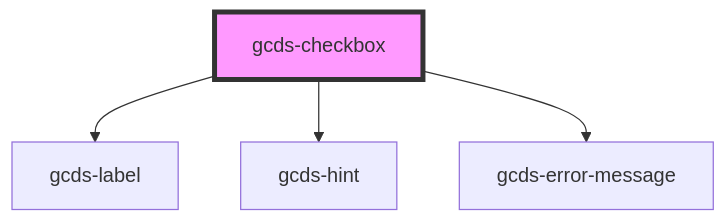
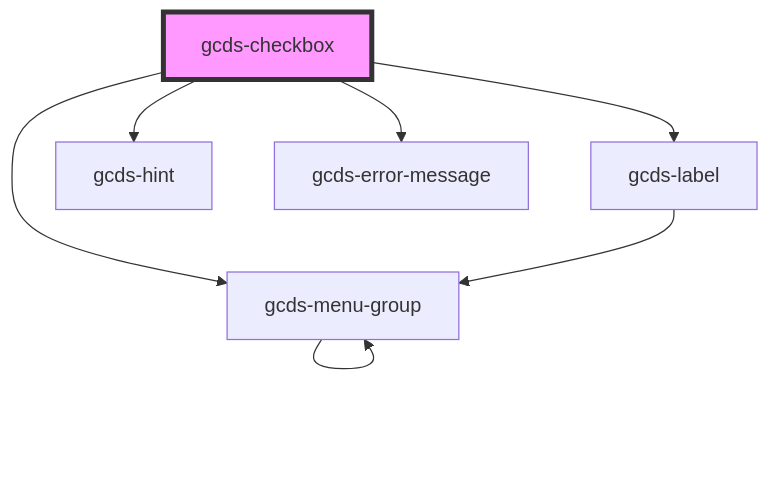
The diagram in packages/web/src/components/gcds-checkbox/readme.md (cds-snc/gcds-components), drawn with Mermaid before and after one commit. The commit also changed other lines of this file and 37 other files, not shown here.

````diff
--- a/packages/web/src/components/gcds-checkbox/readme.md
+++ b/packages/web/src/components/gcds-checkbox/readme.md
@@ -61,7 +62,10 @@
 ```mermaid
 graph TD;
   gcds-checkbox --> gcds-label
   gcds-checkbox --> gcds-hint
   gcds-checkbox --> gcds-error-message
+  gcds-checkbox --> gcds-menu-group
+  gcds-label --> gcds-menu-group
+  gcds-menu-group --> gcds-menu-group
   style gcds-checkbox fill:#f9f,stroke:#333,stroke-width:4px
 ```
````
